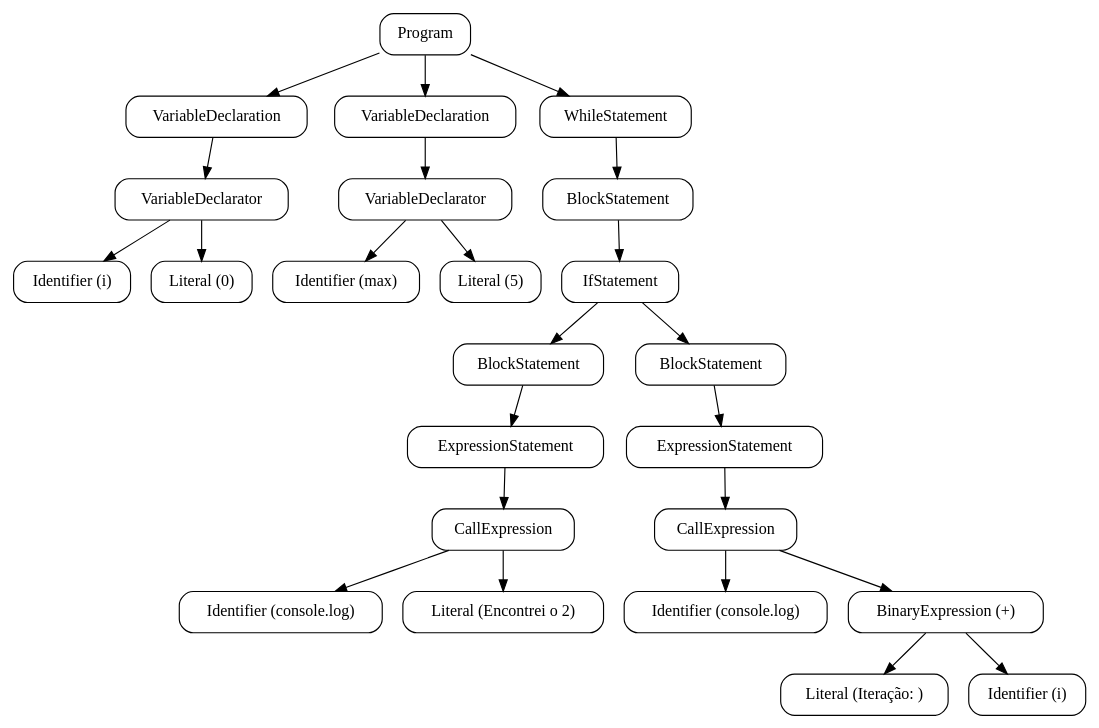
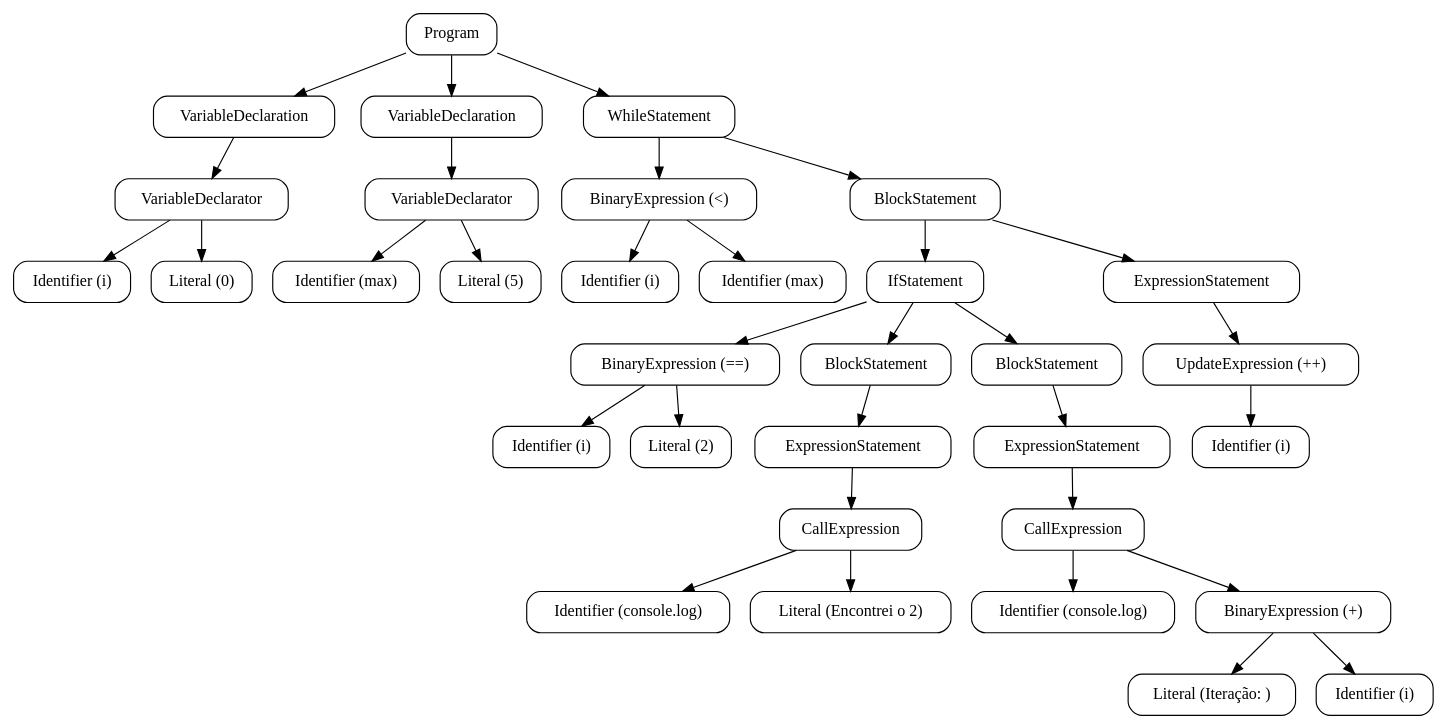
Before and after one commit to lorena-strobel/NovaScript: the diagram in output/teste_completo.ast.dot, drawn with Graphviz. The commit also changed 24 other files, not shown here.

```diff
--- a/output/teste_completo.ast.dot
+++ b/output/teste_completo.ast.dot
@@ -1,50 +1,68 @@
 digraph AST {
   node [shape=box, style="rounded"];
   0 [label="Program"];
   1 [label="VariableDeclaration"];
   0 -> 1;
   2 [label="VariableDeclarator"];
   1 -> 2;
   3 [label="Identifier (i)"];
   2 -> 3;
   4 [label="Literal (0)"];
   2 -> 4;
   5 [label="VariableDeclaration"];
   0 -> 5;
   6 [label="VariableDeclarator"];
   5 -> 6;
   7 [label="Identifier (max)"];
   6 -> 7;
   8 [label="Literal (5)"];
   6 -> 8;
   9 [label="WhileStatement"];
   0 -> 9;
-  10 [label="BlockStatement"];
+  10 [label="BinaryExpression (<)"];
   9 -> 10;
-  11 [label="IfStatement"];
+  11 [label="Identifier (i)"];
   10 -> 11;
-  12 [label="BlockStatement"];
-  11 -> 12;
-  13 [label="ExpressionStatement"];
-  12 -> 13;
-  14 [label="CallExpression"];
+  12 [label="Identifier (max)"];
+  10 -> 12;
+  13 [label="BlockStatement"];
+  9 -> 13;
+  14 [label="IfStatement"];
   13 -> 14;
-  15 [label="Identifier (console.log)"];
+  15 [label="BinaryExpression (==)"];
   14 -> 15;
-  16 [label="Literal (Encontrei o 2)"];
-  14 -> 16;
-  17 [label="BlockStatement"];
-  11 -> 17;
-  18 [label="ExpressionStatement"];
-  17 -> 18;
-  19 [label="CallExpression"];
+  16 [label="Identifier (i)"];
+  15 -> 16;
+  17 [label="Literal (2)"];
+  15 -> 17;
+  18 [label="BlockStatement"];
+  14 -> 18;
+  19 [label="ExpressionStatement"];
   18 -> 19;
-  20 [label="Identifier (console.log)"];
+  20 [label="CallExpression"];
   19 -> 20;
-  21 [label="BinaryExpression (+)"];
-  19 -> 21;
-  22 [label="Literal (Iteração: )"];
-  21 -> 22;
-  23 [label="Identifier (i)"];
-  21 -> 23;
+  21 [label="Identifier (console.log)"];
+  20 -> 21;
+  22 [label="Literal (Encontrei o 2)"];
+  20 -> 22;
+  23 [label="BlockStatement"];
+  14 -> 23;
+  24 [label="ExpressionStatement"];
+  23 -> 24;
+  25 [label="CallExpression"];
+  24 -> 25;
+  26 [label="Identifier (console.log)"];
+  25 -> 26;
+  27 [label="BinaryExpression (+)"];
+  25 -> 27;
+  28 [label="Literal (Iteração: )"];
+  27 -> 28;
+  29 [label="Identifier (i)"];
+  27 -> 29;
+  30 [label="ExpressionStatement"];
+  13 -> 30;
+  31 [label="UpdateExpression (++)"];
+  30 -> 31;
+  32 [label="Identifier (i)"];
+  31 -> 32;
 }
```
